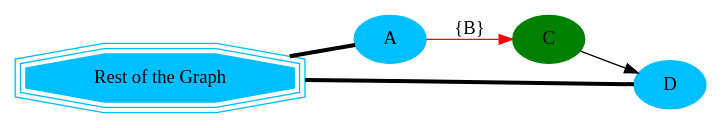
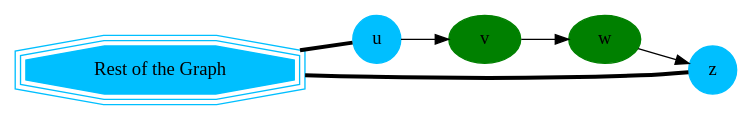
One commit to pgRouting/pgrouting changed diagram 11 of 13 in doc/contraction/contraction-family.rst. Above: the diagram before and after it, drawn with Graphviz. The commit also changed other lines of this file and 5 other files, not shown here.

```diff
--- a/doc/contraction/contraction-family.rst
+++ b/doc/contraction/contraction-family.rst
@@ -237,17 +281,11 @@
 .. graphviz::
 
     digraph G {
-        A [style=filled;color=deepskyblue];
-        C [style=filled; color=green];
-        D [style=filled; color=deepskyblue];
-        "G" [shape=tripleoctagon;
-        style=filled;color=deepskyblue;
-        label = "Rest of the Graph"];
+        u, z [shape=circle;style=filled;color=deepskyblue];
+        v, w [style=filled; color=green];
+        "G" [shape=tripleoctagon; style=filled;color=deepskyblue;label = "Rest of the Graph"];
 
         rankdir=LR;
-        G -> A [dir=none, weight=1, penwidth=3];
-        G -> D [dir=none, weight=1, penwidth=3];
-        A -> C [label="{B}";color=red]
-        C -> D;
-
+        G -> {u, z} [dir=none, weight=1, penwidth=3];
+        u -> v -> w -> z;
     }
```
